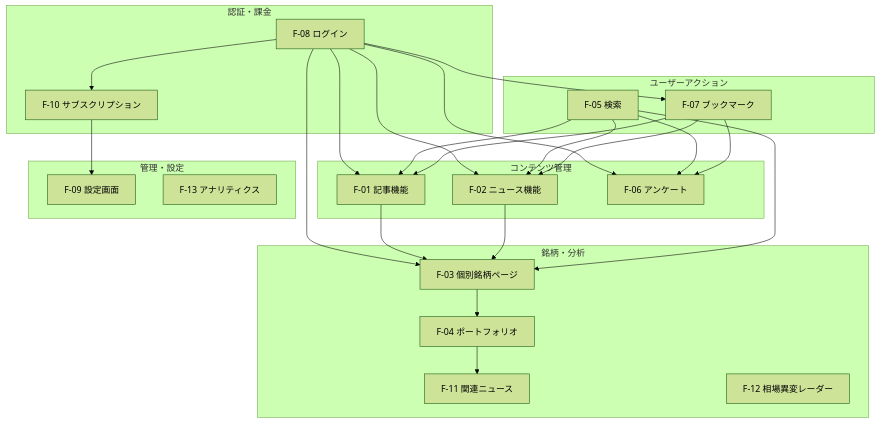
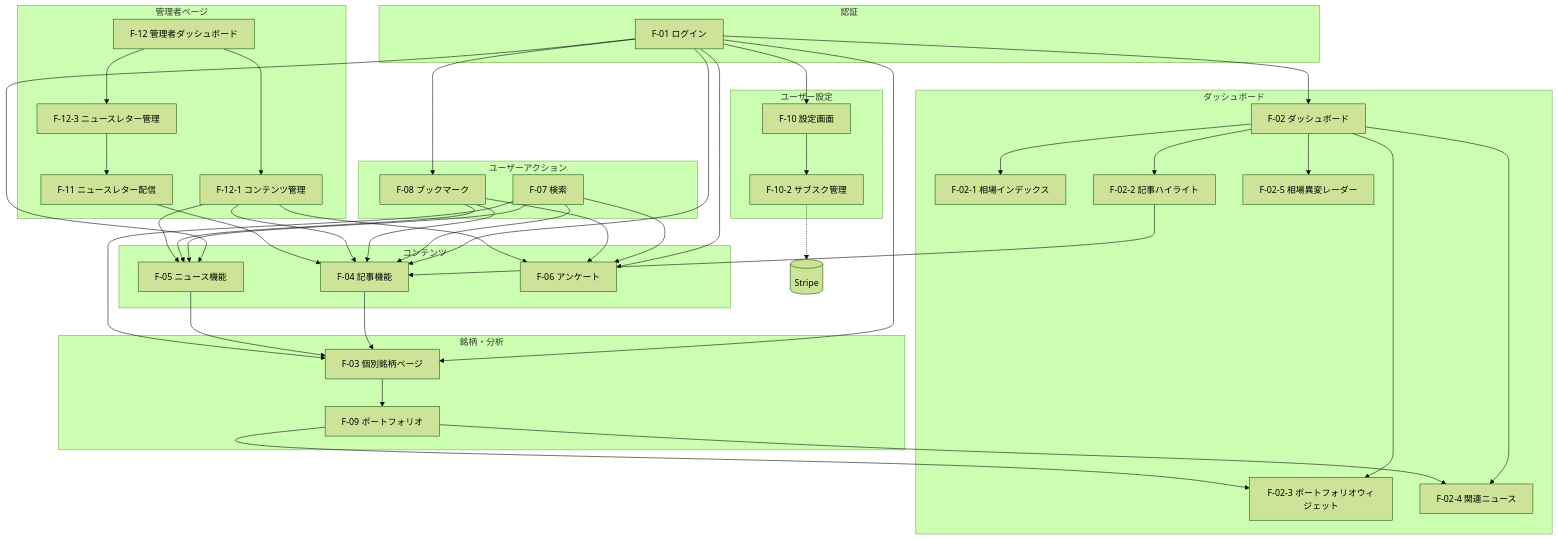
One commit to RRRRRRR-777/SikouLab changed the first of 3 diagrams in docs/versions/1_0_0/system-design.md. Above: the diagram before and after it, drawn with Mermaid (forest theme). The commit also changed other lines of this file, not shown here.

````diff
--- a/docs/versions/1_0_0/system-design.md
+++ b/docs/versions/1_0_0/system-design.md
@@ -59,57 +93,92 @@
 ```mermaid
 flowchart TB
-    subgraph "認証・課金"
-        F08[F-08 ログイン]
-        F10[F-10 サブスクリプション]
+    subgraph "認証"
+        F01[F-01 ログイン]
     end
 
-    subgraph "コンテンツ管理"
-        F01[F-01 記事機能]
-        F02[F-02 ニュース機能]
+    subgraph "ダッシュボード"
+        F02[F-02 ダッシュボード]
+        F02_1[F-02-1 相場インデックス]
+        F02_2[F-02-2 記事ハイライト]
+        F02_3[F-02-3 ポートフォリオウィジェット]
+        F02_4[F-02-4 関連ニュース]
+        F02_5[F-02-5 相場異変レーダー]
+    end
+
+    subgraph "コンテンツ"
+        F04[F-04 記事機能]
+        F05[F-05 ニュース機能]
         F06[F-06 アンケート]
     end
 
     subgraph "銘柄・分析"
         F03[F-03 個別銘柄ページ]
-        F04[F-04 ポートフォリオ]
-        F11[F-11 関連ニュース]
-        F12[F-12 相場異変レーダー]
+        F09[F-09 ポートフォリオ]
     end
 
     subgraph "ユーザーアクション"
-        F05[F-05 検索]
-        F07[F-07 ブックマーク]
+        F07[F-07 検索]
+        F08[F-08 ブックマーク]
     end
 
-    subgraph "管理・設定"
-        F09[F-09 設定画面]
-        F13[F-13 アナリティクス]
+    subgraph "ユーザー設定"
+        F10[F-10 設定画面]
+        F10_2[F-10-2 サブスク管理]
+    end
+
+    subgraph "管理者ページ"
+        F12[F-12 管理者ダッシュボード]
+        F12_1[F-12-1 コンテンツ管理]
+        F12_3[F-12-3 ニュースレター管理]
+        F11[F-11 ニュースレター配信]
     end
 
     %% 認証の依存
-    F08 --> F10
-    F08 --> F01
-    F08 --> F02
-    F08 --> F03
-    F08 --> F06
-    F08 --> F07
+    F01 --> F02
+    F01 --> F04
+    F01 --> F05
+    F01 --> F03
+    F01 --> F06
+    F01 --> F08
+    F01 --> F10
+
+    %% ダッシュボード構成
+    F02 --> F02_1
+    F02 --> F02_2
+    F02 --> F02_3
+    F02 --> F02_4
+    F02 --> F02_5
 
     %% コンテンツ連携
-    F01 --> F03
-    F02 --> F03
-    F03 --> F04
-    F04 --> F11
+    F02_2 --> F04
+    F04 --> F03
+    F05 --> F03
+    F03 --> F09
+    F09 --> F02_3
+    F09 --> F02_4
 
     %% 横断機能
-    F05 --> F01
-    F05 --> F02
-    F05 --> F03
-    F05 --> F06
-
-    F07 --> F01
-    F07 --> F02
+    F07 --> F04
+    F07 --> F05
+    F07 --> F03
     F07 --> F06
 
-    %% Stripe連携
-    F10 --> F09
+    F08 --> F04
+    F08 --> F05
+    F08 --> F06
+
+    %% 設定画面の構成
+    F10 --> F10_2
+
+    %% 管理者ページの構成
+    F12 --> F12_1
+    F12 --> F12_3
+    F12_1 --> F04
+    F12_1 --> F05
+    F12_1 --> F06
+    F12_3 --> F11
+    F11 --> F04
+
+    %% Stripe連携（外部）
+    F10_2 -.-> Stripe[(Stripe)]
 ```
````
